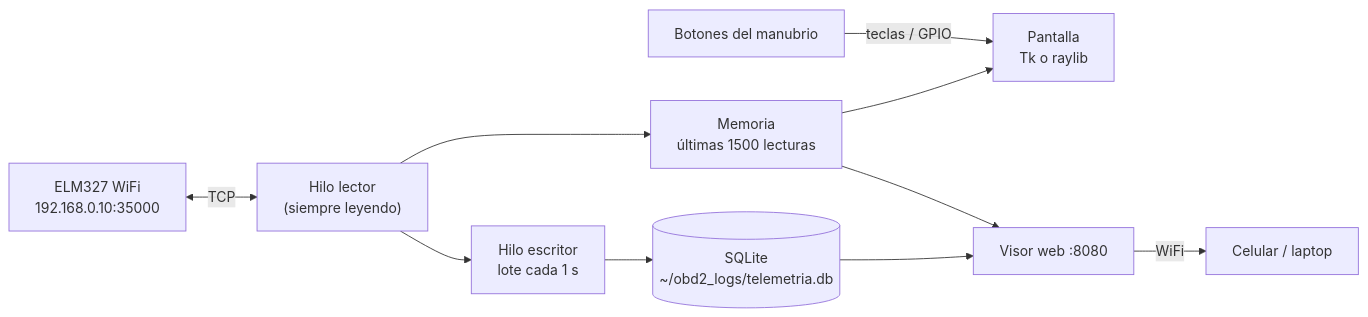
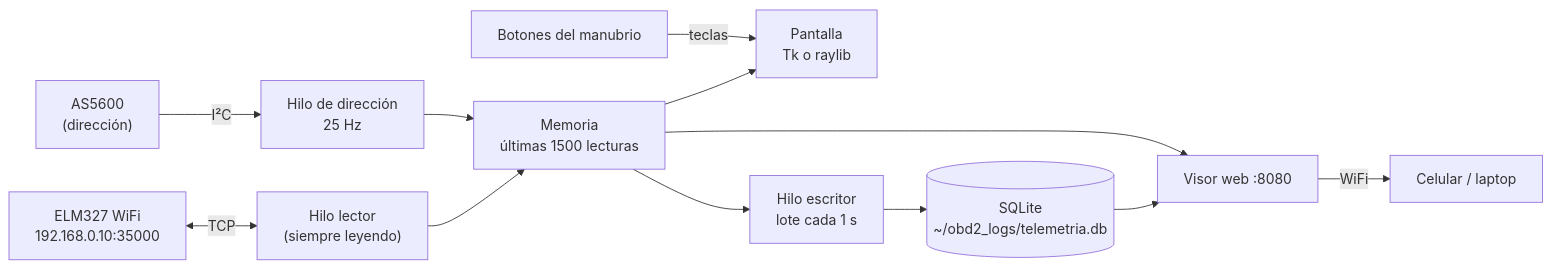
The diagram in README.md (Salvadrn/zx6r-analizador), drawn with Mermaid before and after one commit. The commit also changed other lines of this file, not shown here.

````diff
--- a/README.md
+++ b/README.md
@@ -30,11 +45,13 @@
 ```mermaid
 flowchart LR
   ELM["ELM327 WiFi<br/>192.168.0.10:35000"] <-- TCP --> R["Hilo lector<br/>(siempre leyendo)"]
+  AS["AS5600<br/>(dirección)"] -- I²C --> ST["Hilo de dirección<br/>25 Hz"]
   R --> M["Memoria<br/>últimas 1500 lecturas"]
+  ST --> M
   M --> UI["Pantalla<br/>Tk o raylib"]
-  BTN["Botones del manubrio"] -- teclas / GPIO --> UI
-  R --> W["Hilo escritor<br/>lote cada 1 s"] --> DB[("SQLite<br/>~/obd2_logs/telemetria.db")]
+  BTN["Botones del manubrio"] -- teclas --> UI
+  M --> W["Hilo escritor<br/>lote cada 1 s"] --> DB[("SQLite<br/>~/obd2_logs/telemetria.db")]
   DB --> WEB["Visor web :8080"]
   M --> WEB
   WEB -- WiFi --> PH["Celular / laptop"]
 ```
````
